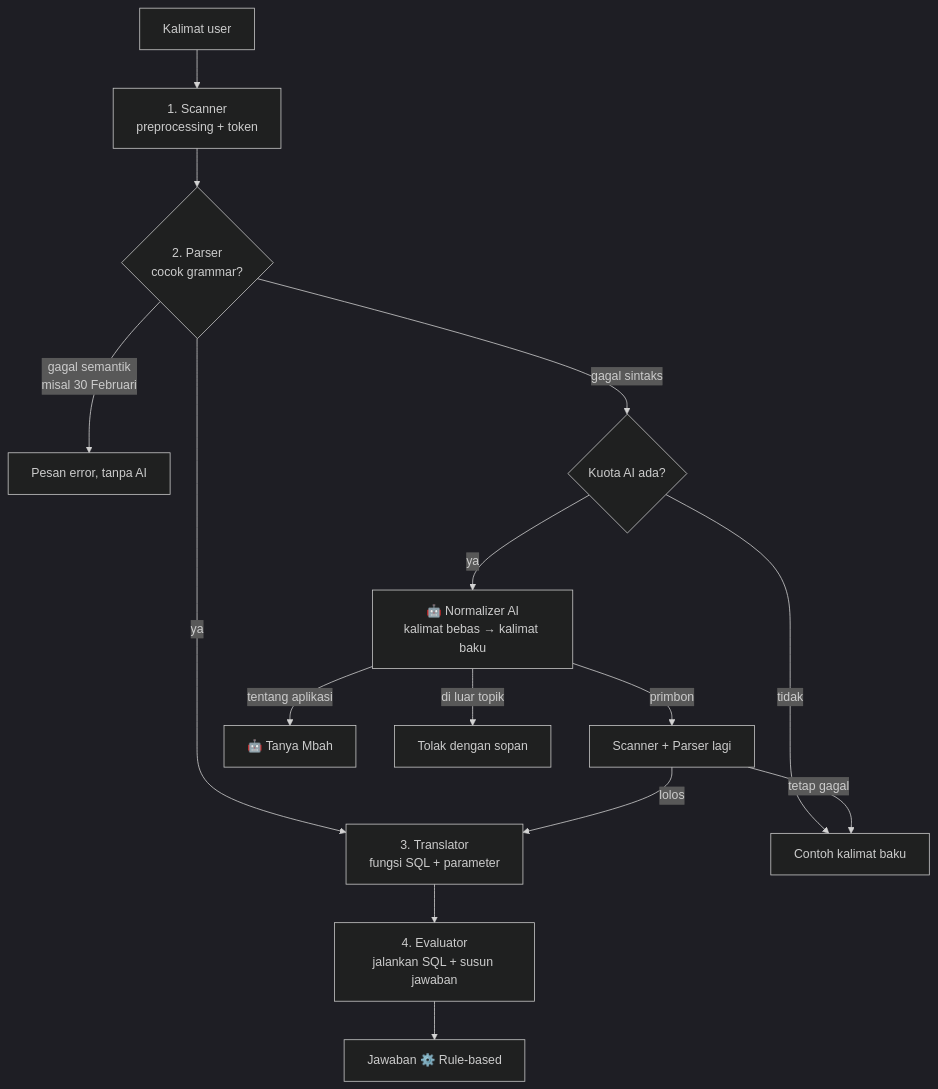
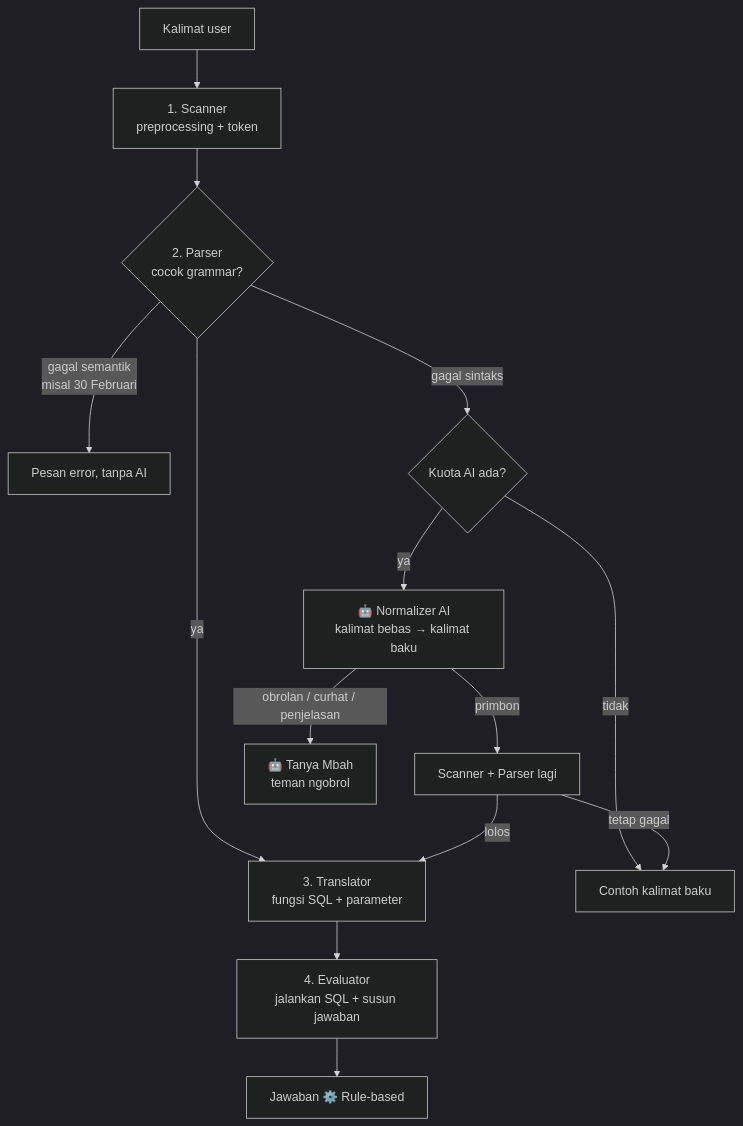
One commit to izviopm/primbon-nlp changed the diagram in CARA_KERJA.md. Above: the diagram before and after it, drawn with Mermaid (dark theme). The commit also changed other lines of this file and 17 other files, not shown here.

````diff
--- a/CARA_KERJA.md
+++ b/CARA_KERJA.md
@@ -9,18 +9,17 @@
 ```mermaid
 flowchart TD
     A[Kalimat user] --> B[1. Scanner<br/>preprocessing + token]
     B --> C{2. Parser<br/>cocok grammar?}
     C -- ya --> D[3. Translator<br/>fungsi SQL + parameter]
     D --> E[4. Evaluator<br/>jalankan SQL + susun jawaban]
     E --> F[Jawaban ⚙️ Rule-based]
 
     C -- gagal semantik<br/>misal 30 Februari --> X[Pesan error, tanpa AI]
     C -- gagal sintaks --> G{Kuota AI ada?}
     G -- tidak --> H[Contoh kalimat baku]
     G -- ya --> I[🤖 Normalizer AI<br/>kalimat bebas → kalimat baku]
     I -- primbon --> B2[Scanner + Parser lagi]
     B2 -- lolos --> D
     B2 -- tetap gagal --> H
-    I -- tentang aplikasi --> J[🤖 Tanya Mbah]
-    I -- di luar topik --> K[Tolak dengan sopan]
+    I -- obrolan / curhat / penjelasan --> J[🤖 Tanya Mbah<br/>teman ngobrol]
 ```
````
